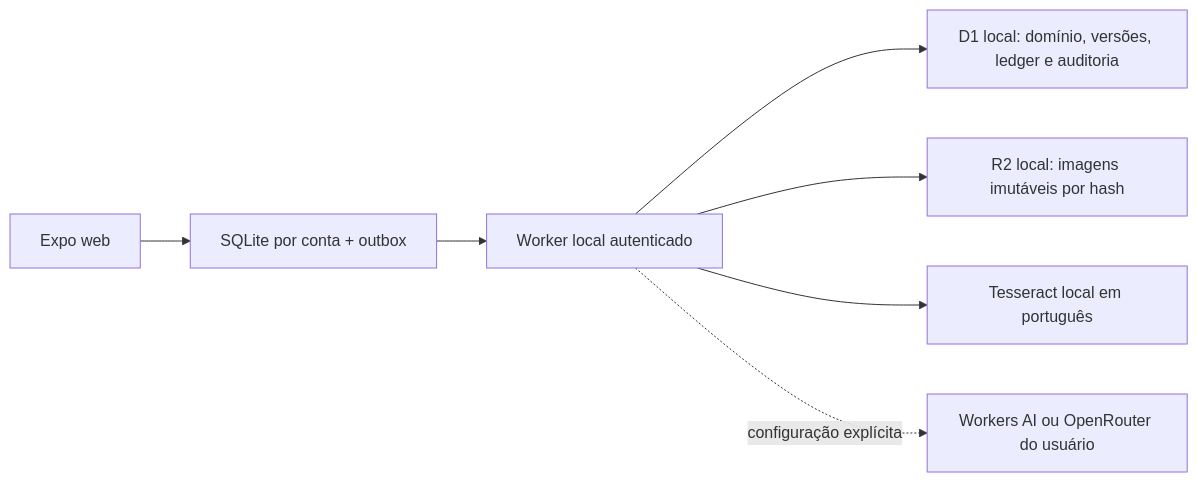
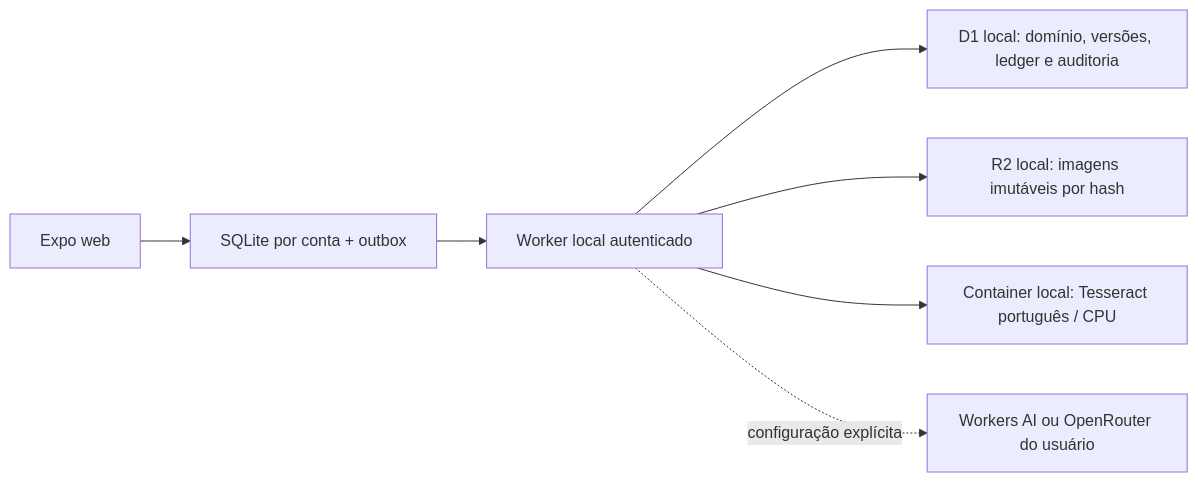
The diagram in agrogest-app/docs/CLOUDFLARE_LOCAL.md (badmuriss/agrogest), drawn with Mermaid before and after one commit. The commit also changed other lines of this file and 24 other files, not shown here.

Commit message:
feat: executar OCR em container local por CPU

````diff
--- a/agrogest-app/docs/CLOUDFLARE_LOCAL.md
+++ b/agrogest-app/docs/CLOUDFLARE_LOCAL.md
@@ -49,9 +66,9 @@
 ```mermaid
 flowchart LR
   UI[Expo web] --> SQL[SQLite por conta + outbox]
   SQL --> API[Worker local autenticado]
   API --> D1[D1 local: domínio, versões, ledger e auditoria]
   API --> R2[R2 local: imagens imutáveis por hash]
-  API --> OCR[Tesseract local em português]
+  API --> OCR[Container local: Tesseract português / CPU]
   API -. configuração explícita .-> REMOTE[Workers AI ou OpenRouter do usuário]
 ```
````
